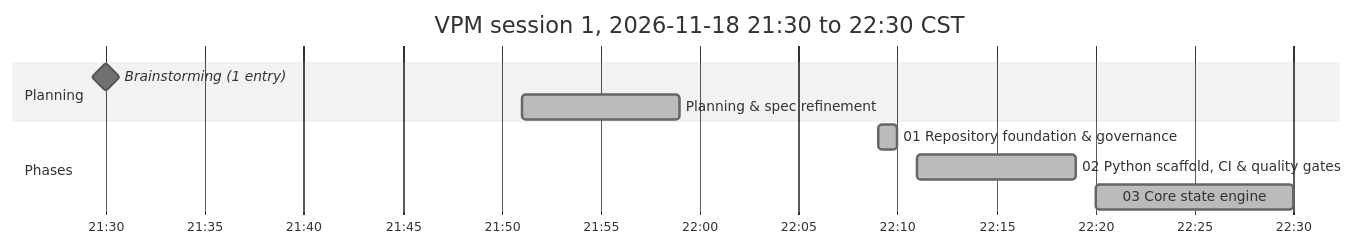
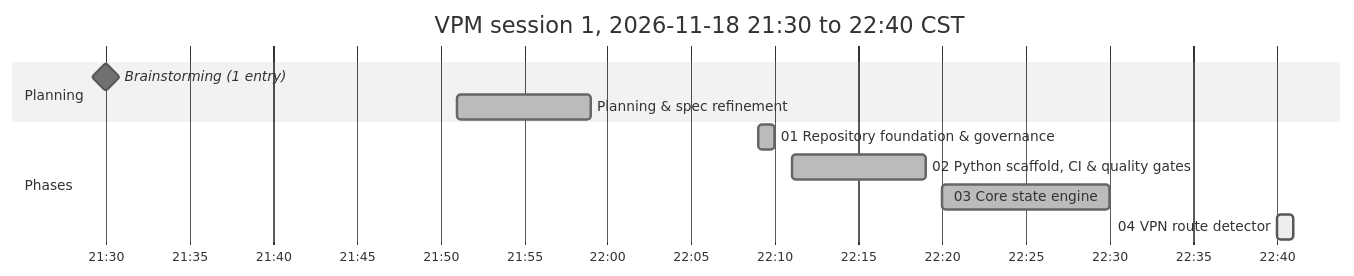
Before and after one commit to antonizick/VPNMonitor: the diagram in VPM_IMPLEMENTATION_PLAN.md, drawn with Mermaid (neutral theme). The commit also changed other lines of this file and 1 other file, not shown here.

Commit message:
docs(plan): refresh timeline

````diff
--- a/VPM_IMPLEMENTATION_PLAN.md
+++ b/VPM_IMPLEMENTATION_PLAN.md
@@ -52,13 +52,14 @@
 ```mermaid
 gantt
-    title VPM session 1, 2026-11-18 21:30 to 22:30 CST
+    title VPM session 1, 2026-11-18 21:30 to 22:40 CST
     dateFormat YYYY-MM-DD HH:mm
     axisFormat %H:%M
     section Planning
     Brainstorming (1 entry) :milestone, bs1, 2026-11-18 21:30, 0m
     Planning & spec refinement :done, p00, 2026-11-18 21:51, 2026-11-18 21:59
     section Phases
     01 Repository foundation & governance :done, p01s1, 2026-11-18 22:09, 2026-11-18 22:10
     02 Python scaffold, CI & quality gates :done, p02s1, 2026-11-18 22:11, 2026-11-18 22:19
     03 Core state engine :done, p03s1, 2026-11-18 22:20, 2026-11-18 22:30
+    04 VPN route detector :active, p04s1, 2026-11-18 22:40, 2026-11-18 22:41
 ```
````
